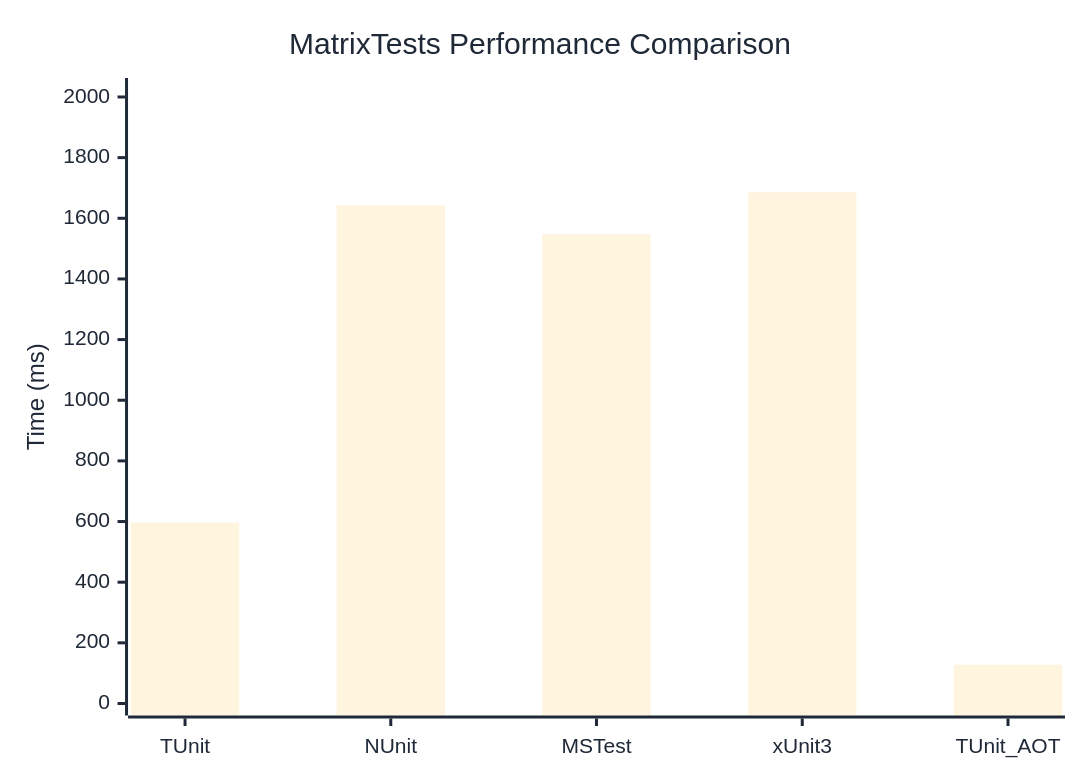
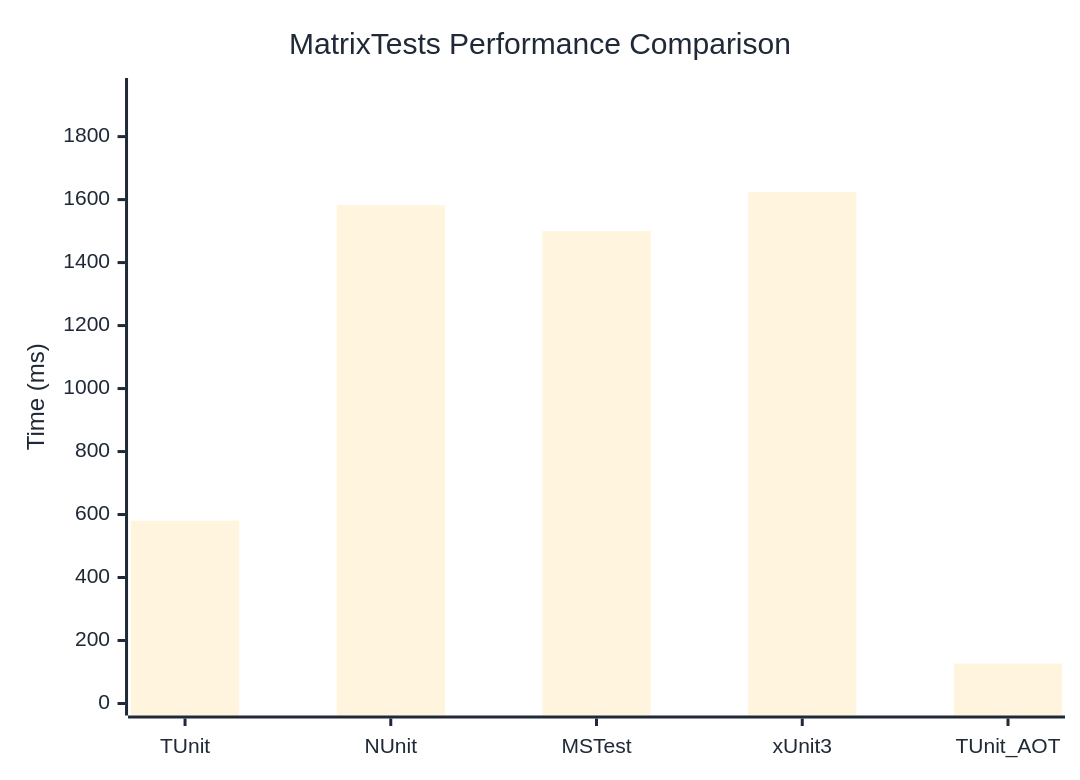
The diagram in docs/docs/benchmarks/MatrixTests.md (thomhurst/TUnit), drawn with Mermaid before and after one commit. The commit also changed other lines of this file and 17 other files, not shown here.

````diff
--- a/docs/docs/benchmarks/MatrixTests.md
+++ b/docs/docs/benchmarks/MatrixTests.md
@@ -27,37 +27,37 @@
 ```mermaid
 %%{init: {
   'theme':'base',
   'themeVariables': {
     'primaryColor': '#2563eb',
     'primaryTextColor': '#1f2937',
     'primaryBorderColor': '#1e40af',
     'lineColor': '#6b7280',
     'secondaryColor': '#7c3aed',
     'tertiaryColor': '#dc2626',
     'background': '#ffffff',
     'mainBkg': '#2563eb',
     'secondBkg': '#7c3aed',
     'tertiaryBkg': '#dc2626',
     'clusterBkg': '#f3f4f6',
     'edgeLabelBackground': '#ffffff',
     'tertiaryTextColor': '#1f2937',
     'pie1': '#2563eb',
     'pie2': '#7c3aed',
     'pie3': '#dc2626',
     'pie4': '#f59e0b',
     'pie5': '#10b981',
     'pie6': '#06b6d4',
     'pie7': '#ec4899',
     'pie8': '#6366f1',
     'pie9': '#84cc16',
     'pie10': '#f97316',
     'pie11': '#14b8a6',
     'pie12': '#a855f7'
   }
 }}%%
 xychart-beta
   title "MatrixTests Performance Comparison"
   x-axis ["TUnit", "NUnit", "MSTest", "xUnit3", "TUnit_AOT"]
-  y-axis "Time (ms)" 0 --> 2023
-  bar [596.5, 1643, 1547.4, 1685.7, 128]
+  y-axis "Time (ms)" 0 --> 1948
+  bar [580.3, 1582.3, 1500.2, 1623.3, 126.7]
 ```
````
